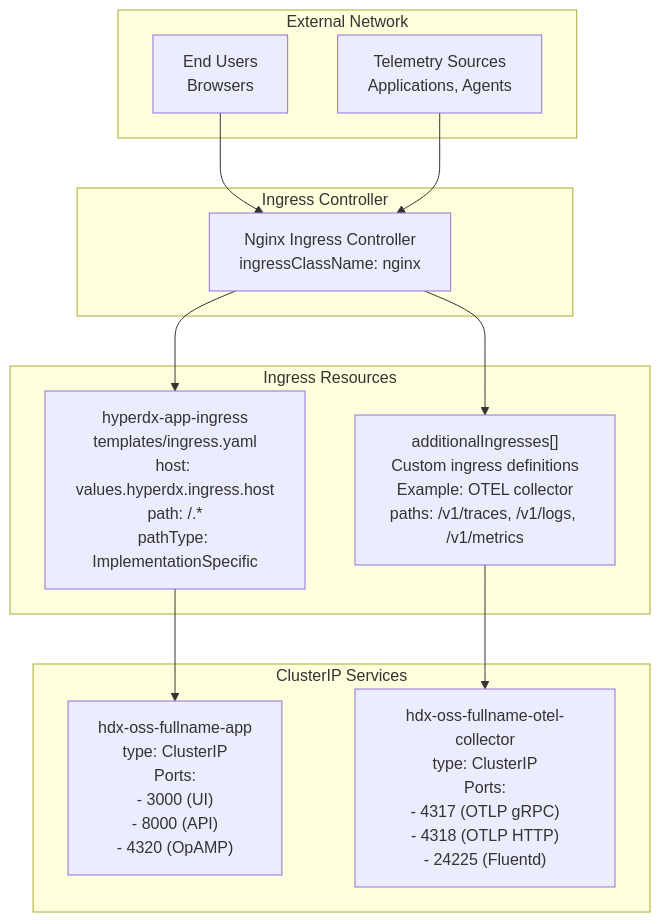
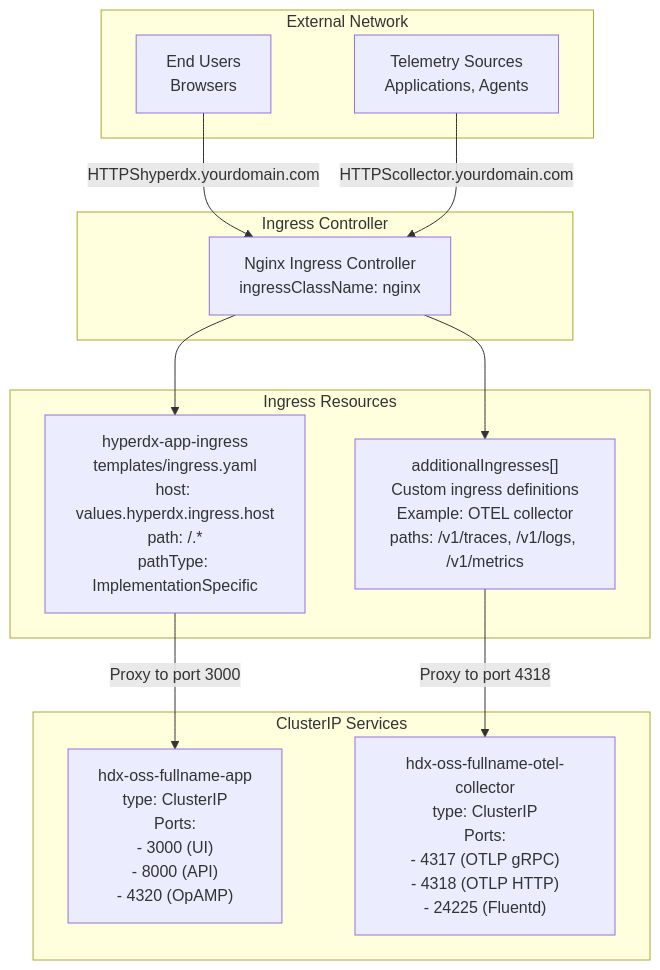
Before and after one commit to openchoreo/openchoreo: the sixth of 9 diagrams in docs/hyperdxio-helm-charts-docs/System-Architecture.md, drawn with Mermaid. The commit also changed other lines of this file and 85 other files, not shown here.

Commit message:
feat: Add new workflow and specification templates, update Helm chart dependencies, and clarify documentation diagrams.

````diff
--- a/docs/hyperdxio-helm-charts-docs/System-Architecture.md
+++ b/docs/hyperdxio-helm-charts-docs/System-Architecture.md
@@ -462,37 +462,37 @@
 ```mermaid
 flowchart TD
 
 Users["End Users<br>Browsers"]
 TelemetrySources["Telemetry Sources<br>Applications, Agents"]
 NginxController["Nginx Ingress Controller<br>ingressClassName: nginx"]
 MainIngress["hyperdx-app-ingress<br>templates/ingress.yaml<br>host: values.hyperdx.ingress.host<br>path: /.*<br>pathType: ImplementationSpecific"]
 AdditionalIngresses["additionalIngresses[]<br>Custom ingress definitions<br>Example: OTEL collector<br>paths: /v1/traces, /v1/logs, /v1/metrics"]
 AppService["hdx-oss-fullname-app<br>type: ClusterIP<br>Ports:<br>- 3000 (UI)<br>- 8000 (API)<br>- 4320 (OpAMP)"]
 OtelService["hdx-oss-fullname-otel-collector<br>type: ClusterIP<br>Ports:<br>- 4317 (OTLP gRPC)<br>- 4318 (OTLP HTTP)<br>- 24225 (Fluentd)"]
 
-Users --> NginxController
-TelemetrySources --> NginxController
+Users -->|"HTTPShyperdx.yourdomain.com"| NginxController
+TelemetrySources -->|"HTTPScollector.yourdomain.com"| NginxController
 NginxController --> MainIngress
 NginxController --> AdditionalIngresses
-MainIngress --> AppService
-AdditionalIngresses --> OtelService
+MainIngress -->|"Proxy to port 3000"| AppService
+AdditionalIngresses -->|"Proxy to port 4318"| OtelService
 
 subgraph subGraph3 ["ClusterIP Services"]
     AppService
     OtelService
 end
 
 subgraph subGraph2 ["Ingress Resources"]
     MainIngress
     AdditionalIngresses
 end
 
 subgraph subGraph1 ["Ingress Controller"]
     NginxController
 end
 
 subgraph subGraph0 ["External Network"]
     Users
     TelemetrySources
 end
 ```
````
